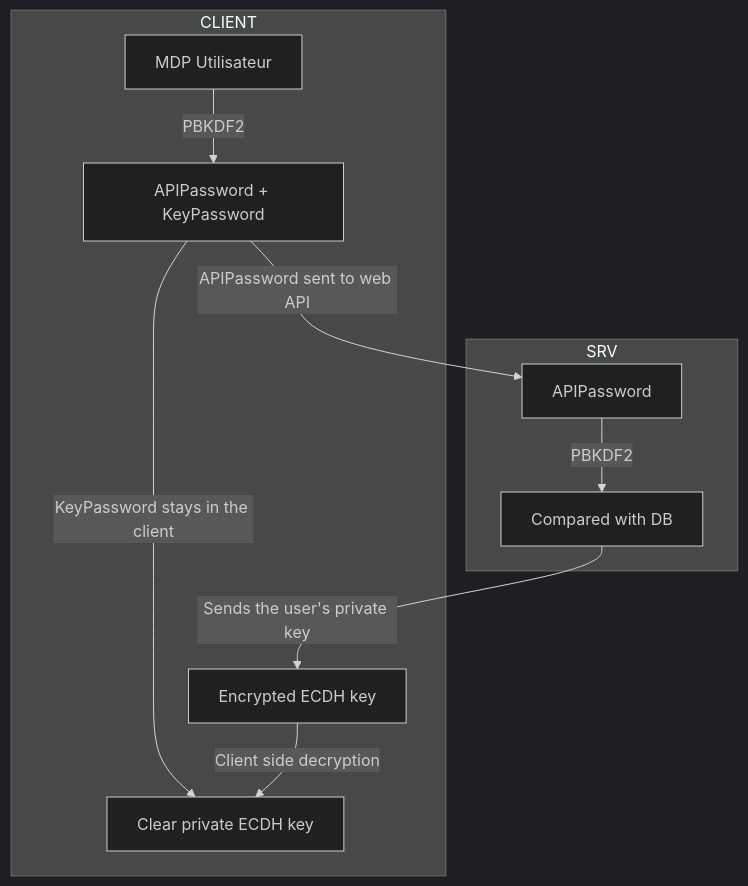
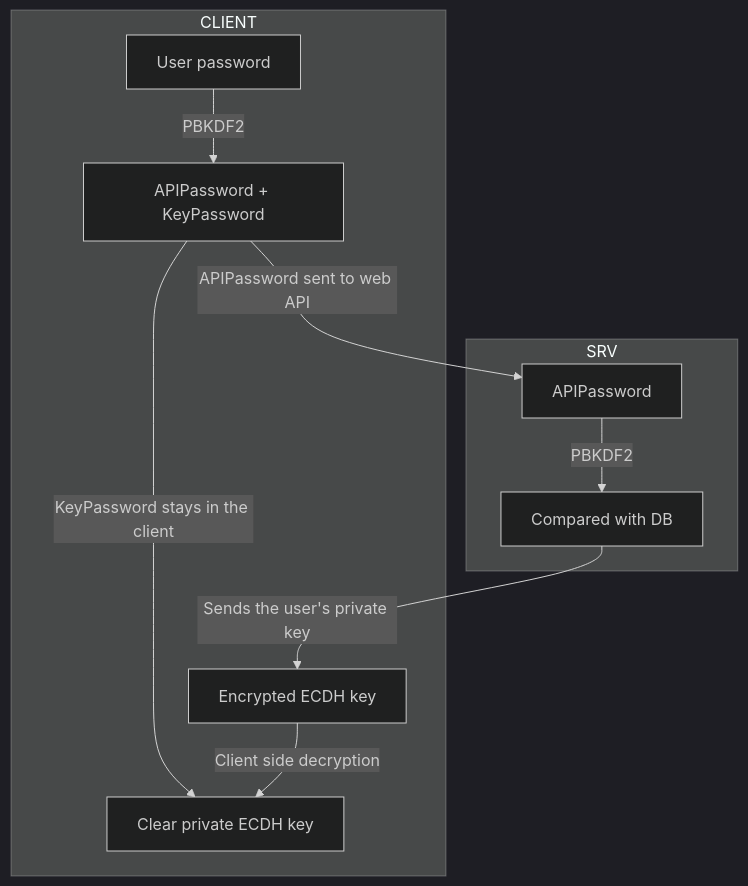
Before and after one commit to TurboThon/turbex: the second of 4 diagrams in TAD/README.md, drawn with Mermaid (dark theme). The commit also changed other lines of this file, not shown here.

````diff
--- a/TAD/README.md
+++ b/TAD/README.md
@@ -8,13 +40,13 @@
 ```mermaid
-graph TD
+flowchart TD
 	subgraph CLIENT
-	A[MDP Utilisateur] -->|PBKDF2| B[APIPassword + KeyPassword]
+	A[User password] -->|PBKDF2| B[APIPassword + KeyPassword]
 	B -->|KeyPassword stays in the client| CKEY
 	F[Encrypted ECDH key] -->|Client side decryption| CKEY[Clear private ECDH key]
 	end
 	subgraph SRV
 	B -->|APIPassword sent to web API| D[APIPassword]
 	D[APIPassword] -->|PBKDF2| E[Compared with DB]
 	end
 	E -->|Sends the user's private key| F
 ```
````
